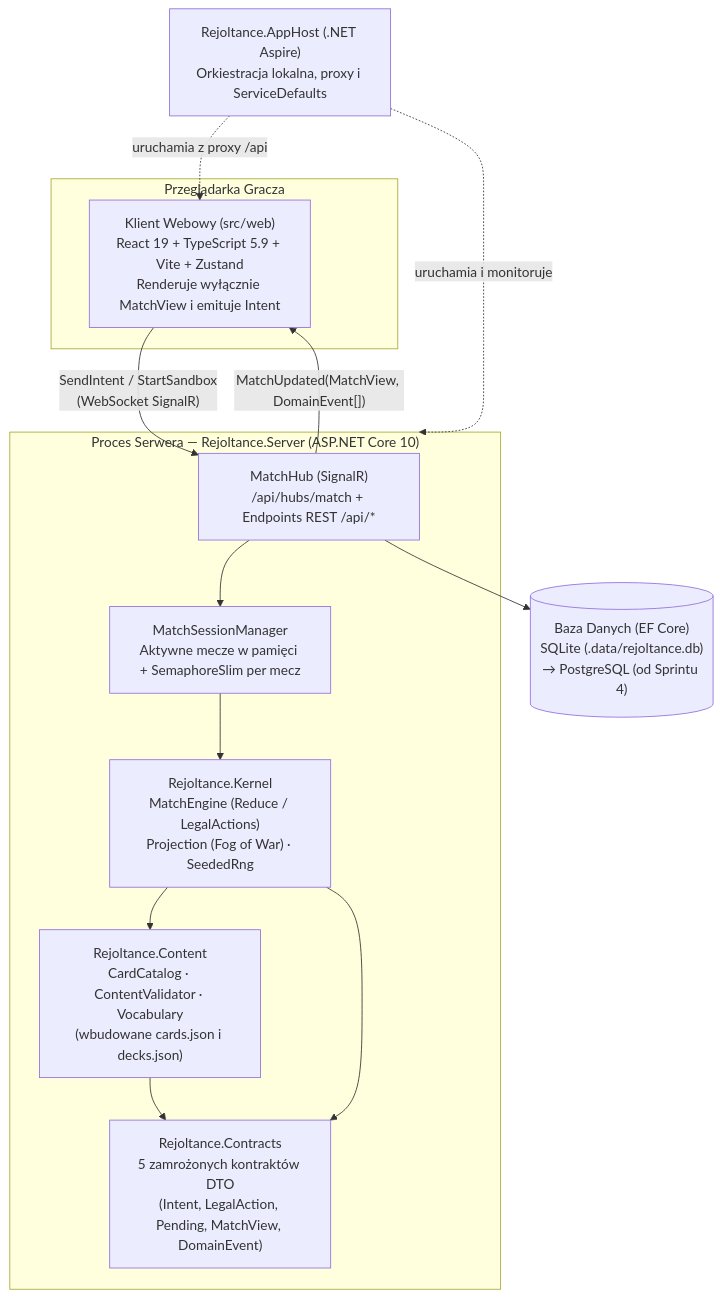
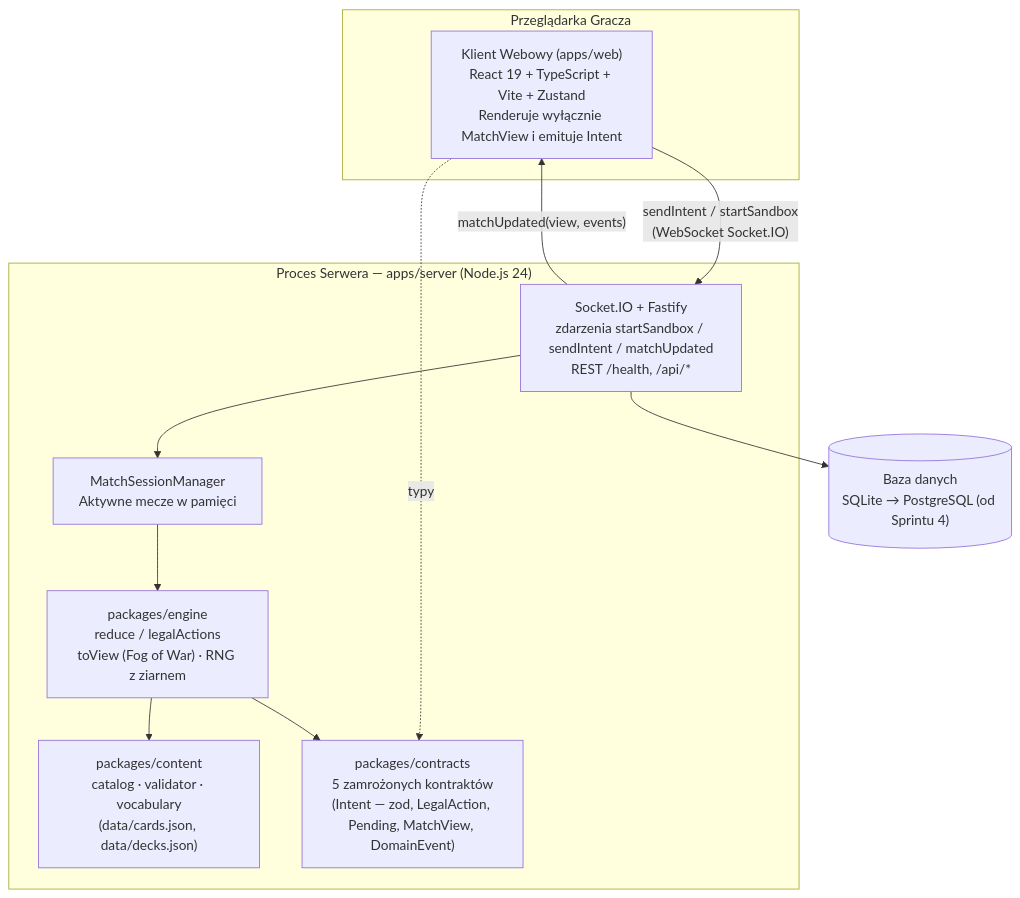
The second of 5 diagrams in docs/01-dokumentacja-systemowa/05-sad-architektura-systemu.md (lMamacl/Rejoltance), drawn with Mermaid before and after one commit. The commit also changed other lines of this file and 85 other files, not shown here.

First line of the commit message:
REJ-0: add START.md, one-screen README and docs for the Node stack

````diff
--- a/docs/01-dokumentacja-systemowa/05-sad-architektura-systemu.md
+++ b/docs/01-dokumentacja-systemowa/05-sad-architektura-systemu.md
@@ -80,28 +80,25 @@
 ```mermaid
 flowchart TB
   subgraph Browser["Przeglądarka Gracza"]
-    Web["Klient Webowy (src/web)<br/>React 19 + TypeScript 5.9 + Vite + Zustand<br/>Renderuje wyłącznie MatchView i emituje Intent"]
+    Web["Klient Webowy (apps/web)<br/>React 19 + TypeScript + Vite + Zustand<br/>Renderuje wyłącznie MatchView i emituje Intent"]
   end
 
-  subgraph ServerProcess["Proces Serwera — Rejoltance.Server (ASP.NET Core 10)"]
-    Hub["MatchHub (SignalR)<br/>/api/hubs/match + Endpoints REST /api/*"]
-    Sess["MatchSessionManager<br/>Aktywne mecze w pamięci + SemaphoreSlim per mecz"]
-    Kernel["Rejoltance.Kernel<br/>MatchEngine (Reduce / LegalActions)<br/>Projection (Fog of War) · SeededRng"]
-    Content["Rejoltance.Content<br/>CardCatalog · ContentValidator · Vocabulary<br/>(wbudowane cards.json i decks.json)"]
-    Contracts["Rejoltance.Contracts<br/>5 zamrożonych kontraktów DTO<br/>(Intent, LegalAction, Pending, MatchView, DomainEvent)"]
+  subgraph ServerProcess["Proces Serwera — apps/server (Node.js 24)"]
+    Io["Socket.IO + Fastify<br/>zdarzenia startSandbox / sendIntent / matchUpdated<br/>REST /health, /api/*"]
+    Sess["MatchSessionManager<br/>Aktywne mecze w pamięci"]
+    Engine["packages/engine<br/>reduce / legalActions<br/>toView (Fog of War) · RNG z ziarnem"]
+    Content["packages/content<br/>catalog · validator · vocabulary<br/>(data/cards.json, data/decks.json)"]
+    Contracts["packages/contracts<br/>5 zamrożonych kontraktów<br/>(Intent — zod, LegalAction, Pending, MatchView, DomainEvent)"]
   end
 
-  Db[("Baza Danych (EF Core)<br/>SQLite (.data/rejoltance.db)<br/>→ PostgreSQL (od Sprintu 4)")]
-  AppHost["Rejoltance.AppHost (.NET Aspire)<br/>Orkiestracja lokalna, proxy i ServiceDefaults"]
+  Db[("Baza danych<br/>SQLite → PostgreSQL (od Sprintu 4)")]
 
-  Web -- "SendIntent / StartSandbox<br/>(WebSocket SignalR)" --> Hub
-  Hub -- "MatchUpdated(MatchView, DomainEvent[])" --> Web
-  Hub --> Sess
-  Sess --> Kernel
-  Kernel --> Content
-  Kernel --> Contracts
-  Content --> Contracts
-  Hub --> Db
-  AppHost -. "uruchamia i monitoruje" .-> ServerProcess
-  AppHost -. "uruchamia z proxy /api" .-> Web
+  Web -- "sendIntent / startSandbox<br/>(WebSocket Socket.IO)" --> Io
+  Io -- "matchUpdated(view, events)" --> Web
+  Web -. "typy" .-> Contracts
+  Io --> Sess
+  Sess --> Engine
+  Engine --> Content
+  Engine --> Contracts
+  Io --> Db
 ```
````
